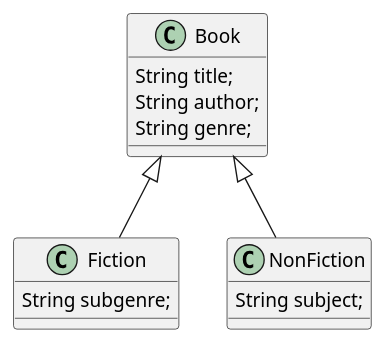
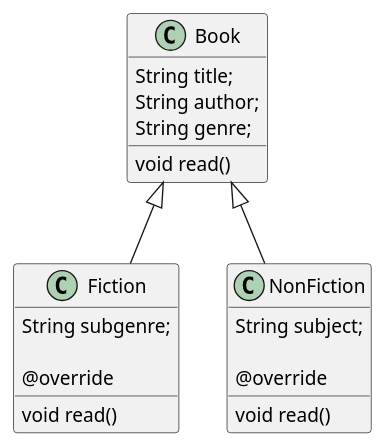
The diagram in lib/240312/Book_diagram.puml (orm-camp-flutter-2ki/learn_dart_together), drawn with PlantUML before and after one commit. The commit also changed 4 other files, not shown here.

```diff
--- a/lib/240312/Book_diagram.puml
+++ b/lib/240312/Book_diagram.puml
@@ -1,14 +1,21 @@
 @startuml
 class Book{
     String title;
     String author;
     String genre;
+ void read()
 }
 
 class Fiction extends Book{
     String subgenre;
+
+ @override
+ void read()
 }
 class NonFiction extends Book{
     String subject;
+
+  @override
+  void read()
 }
 @enduml
```
